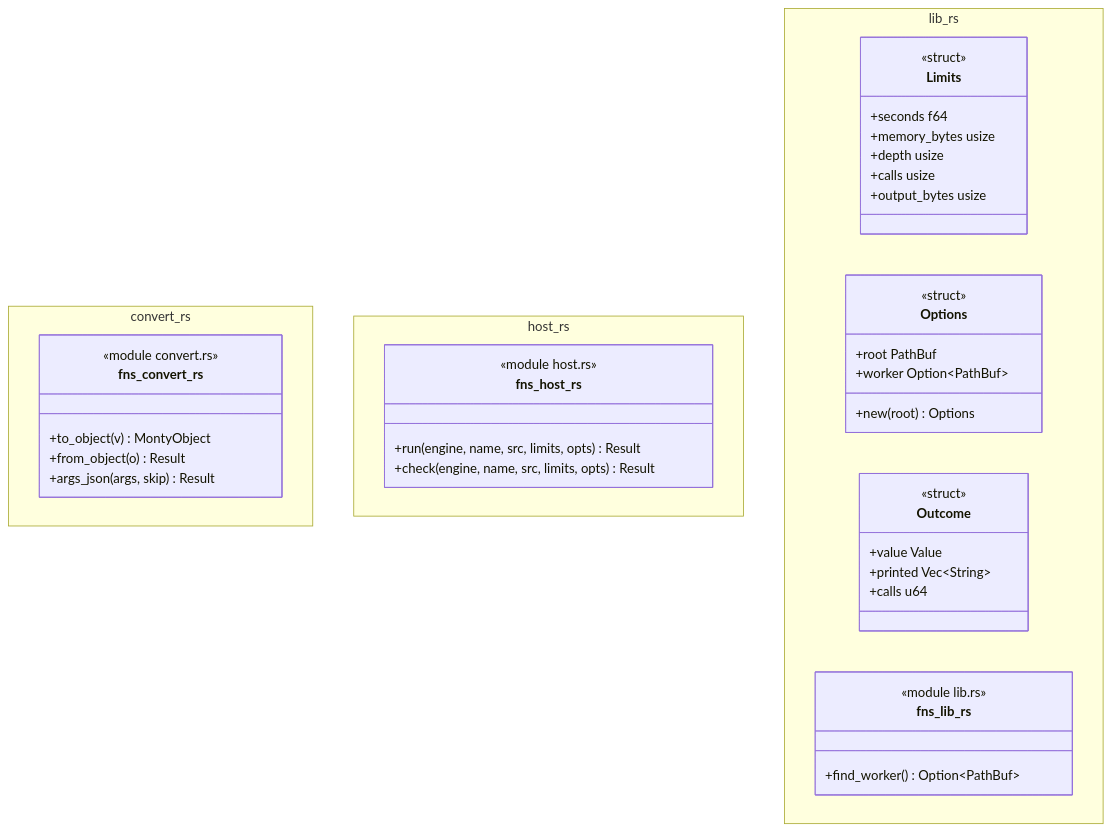
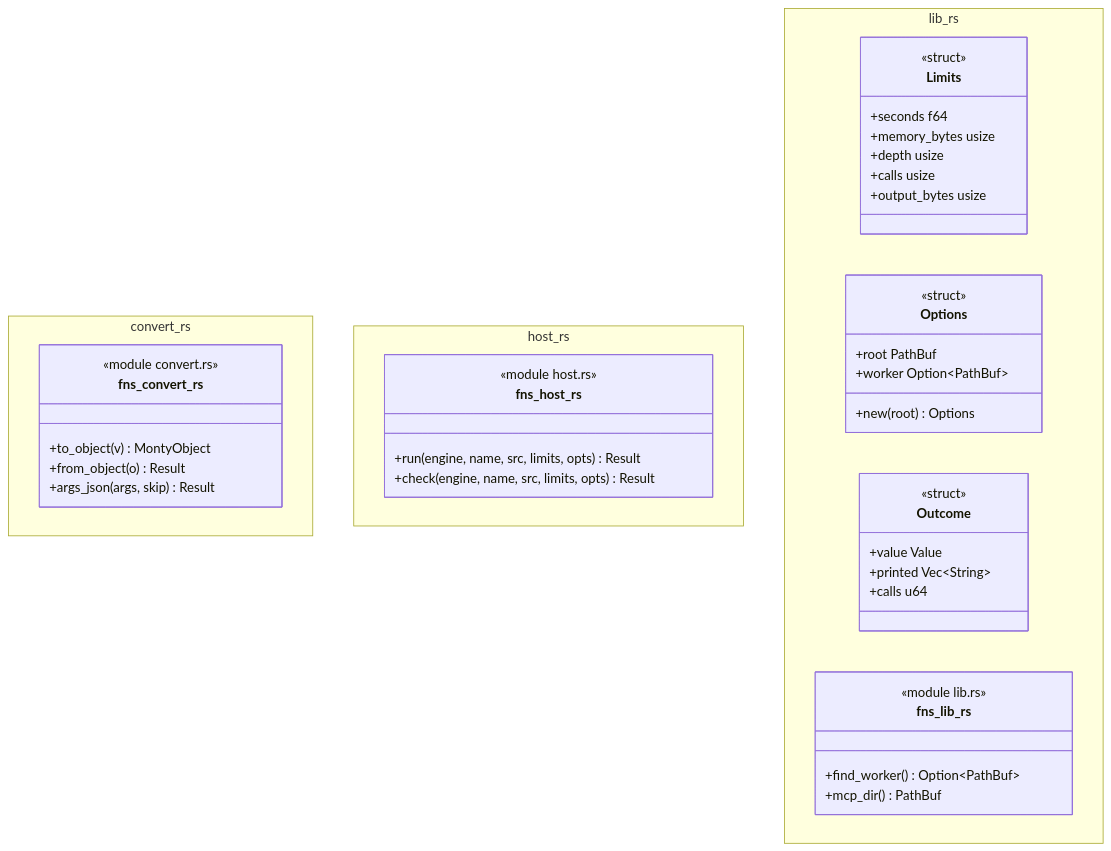
Before and after one commit to p-j-r/nyx: the diagram in docs/architecture/c4/4-code/script/host.md, drawn with Mermaid. The commit also changed other lines of this file and 39 other files, not shown here.

````diff
--- a/docs/architecture/c4/4-code/script/host.md
+++ b/docs/architecture/c4/4-code/script/host.md
@@ -37,44 +38,45 @@
 ```mermaid
 classDiagram
   namespace convert_rs {
     class fns_convert_rs {
         <<module convert.rs>>
         +to_object(v) MontyObject
         +from_object(o) Result
         +args_json(args, skip) Result
     }
   }
   namespace host_rs {
     class fns_host_rs {
         <<module host.rs>>
         +run(engine, name, src, limits, opts) Result
         +check(engine, name, src, limits, opts) Result
     }
   }
   namespace lib_rs {
     class Limits {
         <<struct>>
         +seconds f64
         +memory_bytes usize
         +depth usize
         +calls usize
         +output_bytes usize
     }
     class Options {
         <<struct>>
         +root PathBuf
         +worker Option~PathBuf~
         +new(root) Options
     }
     class Outcome {
         <<struct>>
         +value Value
         +printed Vec~String~
         +calls u64
     }
     class fns_lib_rs {
         <<module lib.rs>>
         +find_worker() Option~PathBuf~
+        +mcp_dir() PathBuf
     }
   }
 ```
````
